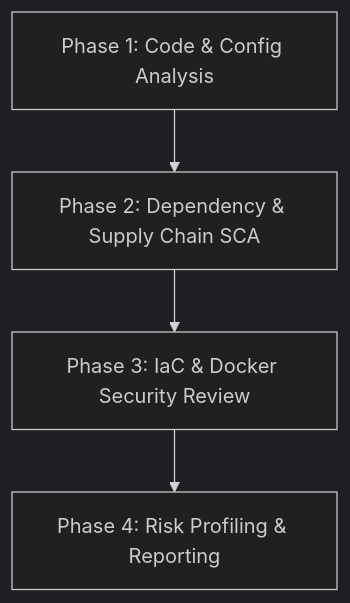
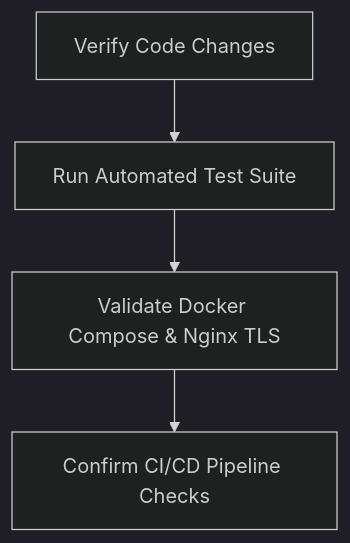
The first of 2 diagrams in documentation/Enterprise_DevSecOps_Security_Audit_Report.md (ayushsingh257/SentraDesk), drawn with Mermaid (dark theme) before and after one commit. The commit also changed other lines of this file and 19 other files, not shown here.

First line of the commit message:
security: implement final security hardening phase for CCGP

````diff
--- a/documentation/Enterprise_DevSecOps_Security_Audit_Report.md
+++ b/documentation/Enterprise_DevSecOps_Security_Audit_Report.md
@@ -59,6 +59,6 @@
 ```mermaid
 flowchart TD
-    A[Phase 1: Code & Config Analysis] --> B[Phase 2: Dependency & Supply Chain SCA]
-    B --> C[Phase 3: IaC & Docker Security Review]
-    C --> D[Phase 4: Risk Profiling & Reporting]
+    A[Verify Code Changes] --> B[Run Automated Test Suite]
+    B --> C[Validate Docker Compose & Nginx TLS]
+    C --> D[Confirm CI/CD Pipeline Checks]
 ```
````
